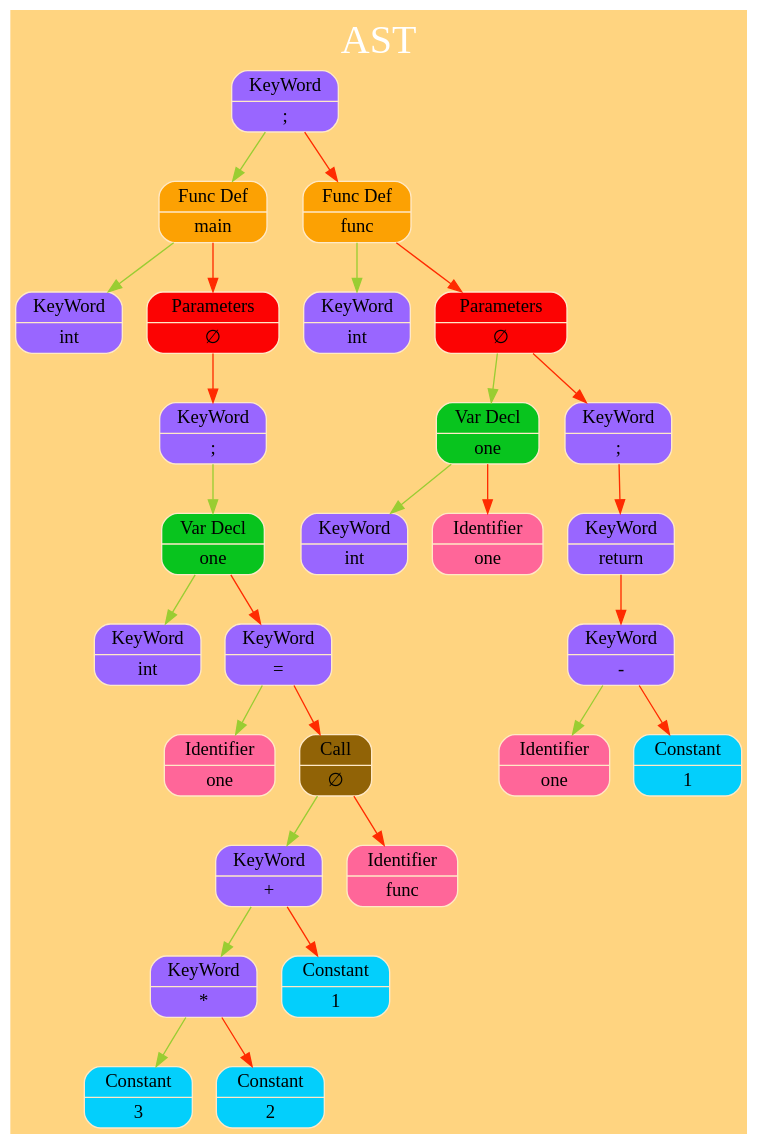
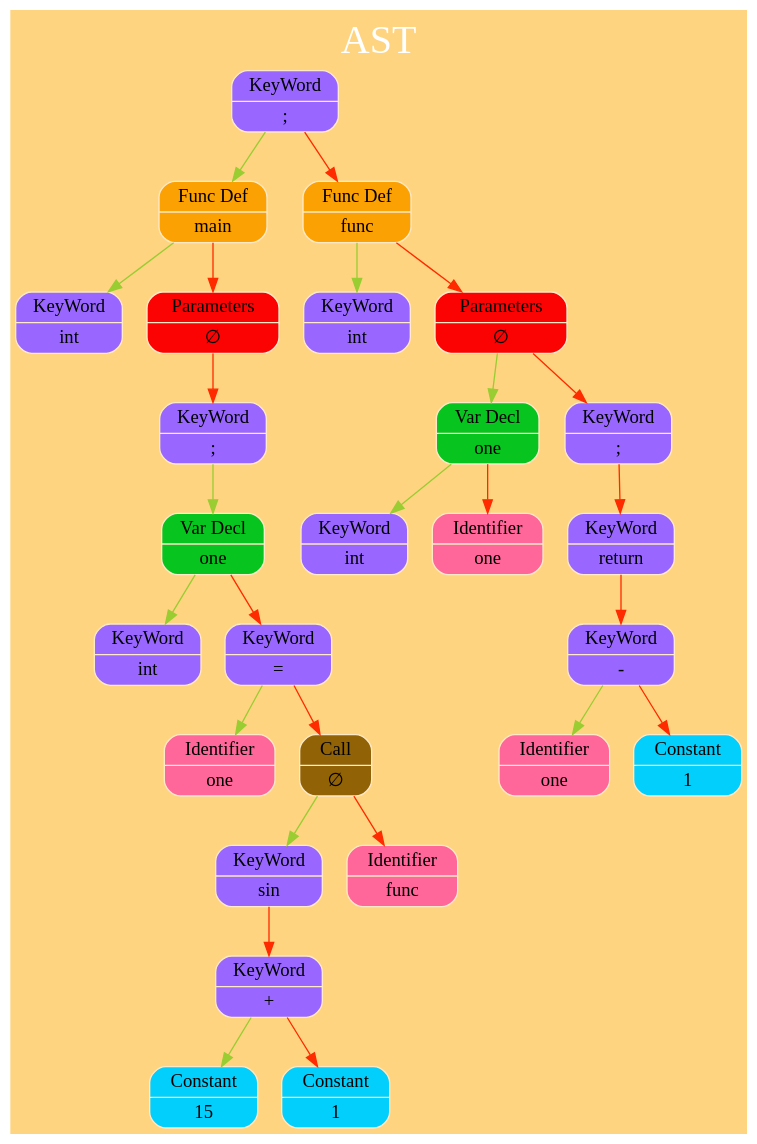
Before and after one commit to kand1bober/OOSD-Language: the diagram in Tree/dump/TreeGraph.dot, drawn with Graphviz. The commit also changed 7 other files, not shown here.

```diff
--- a/Tree/dump/TreeGraph.dot
+++ b/Tree/dump/TreeGraph.dot
@@ -1,38 +1,37 @@
 digraph G
 {
 charset="latin1";
 label="AST";
 labelloc="t";
 fontsize=30
 fontname="Verdana";
 fontcolor="#FFFFFF"
 
 rankdir=TB;size="200,300";bgcolor="#ffd480";
- node_0x504000000810 [shape=record,style="rounded,filled",fillcolor="#9966FF",color="#FFE9C7",label=" { { KeyWord } | { &#x3B; } } " ]; node_0x504000000810 -> node_0x504000000490 [color = "#9ACD32", arrowsize = 1] ;
- node_0x504000000490 [shape=record,style="rounded,filled",fillcolor="#fca103",color="#FFE9C7",label=" { { Func Def } | { main } } " ]; node_0x504000000490 -> node_0x504000000450 [color = "#9ACD32", arrowsize = 1] ;
- node_0x504000000450 [shape=record,style="rounded,filled",fillcolor="#9966FF",color="#FFE9C7",label=" { { KeyWord } | { int } } " ]; node_0x504000000490 -> node_0x5040000004d0 [color = "#FF2B00", arrowsize = 1] ;
- node_0x5040000004d0 [shape=record,style="rounded,filled",fillcolor="#fc0303",color="#FFE9C7",label=" { { Parameters } | { &#8709; } } " ]; node_0x5040000004d0 -> node_0x504000000510 [color = "#FF2B00", arrowsize = 1] ;
- node_0x504000000510 [shape=record,style="rounded,filled",fillcolor="#9966FF",color="#FFE9C7",label=" { { KeyWord } | { &#x3B; } } " ]; node_0x504000000510 -> node_0x5040000005d0 [color = "#9ACD32", arrowsize = 1] ;
- node_0x5040000005d0 [shape=record,style="rounded,filled",fillcolor="#08c41e",color="#FFE9C7",label=" { { Var Decl } | { one } } " ]; node_0x5040000005d0 -> node_0x504000000550 [color = "#9ACD32", arrowsize = 1] ;
- node_0x504000000550 [shape=record,style="rounded,filled",fillcolor="#9966FF",color="#FFE9C7",label=" { { KeyWord } | { int } } " ]; node_0x5040000005d0 -> node_0x504000000610 [color = "#FF2B00", arrowsize = 1] ;
- node_0x504000000610 [shape=record,style="rounded,filled",fillcolor="#9966FF",color="#FFE9C7",label=" { { KeyWord } | { &#x3D; } } " ]; node_0x504000000610 -> node_0x504000000590 [color = "#9ACD32", arrowsize = 1] ;
- node_0x504000000590 [shape=record,style="rounded,filled",fillcolor="#ff6699",color="#FFE9C7",label=" { { Identifier } | { one } } " ]; node_0x504000000610 -> node_0x504000000690 [color = "#FF2B00", arrowsize = 1] ;
- node_0x504000000690 [shape=record,style="rounded,filled",fillcolor="#916306",color="#FFE9C7",label=" { { Call } | { &#8709; } } " ]; node_0x504000000690 -> node_0x504000000790 [color = "#9ACD32", arrowsize = 1] ;
- node_0x504000000790 [shape=record,style="rounded,filled",fillcolor="#9966FF",color="#FFE9C7",label=" { { KeyWord } | { &#x2B; } } " ]; node_0x504000000790 -> node_0x504000000710 [color = "#9ACD32", arrowsize = 1] ;
- node_0x504000000710 [shape=record,style="rounded,filled",fillcolor="#9966FF",color="#FFE9C7",label=" { { KeyWord } | { &#x2A; } } " ]; node_0x504000000710 -> node_0x5040000006d0 [color = "#9ACD32", arrowsize = 1] ;
- node_0x5040000006d0 [shape=record,style="rounded,filled",fillcolor="#03cffc",color="#FFE9C7",label=" { { Constant } | { 3 } } " ]; node_0x504000000710 -> node_0x504000000750 [color = "#FF2B00", arrowsize = 1] ;
- node_0x504000000750 [shape=record,style="rounded,filled",fillcolor="#03cffc",color="#FFE9C7",label=" { { Constant } | { 2 } } " ]; node_0x504000000790 -> node_0x5040000007d0 [color = "#FF2B00", arrowsize = 1] ;
- node_0x5040000007d0 [shape=record,style="rounded,filled",fillcolor="#03cffc",color="#FFE9C7",label=" { { Constant } | { 1 } } " ]; node_0x504000000690 -> node_0x504000000650 [color = "#FF2B00", arrowsize = 1] ;
- node_0x504000000650 [shape=record,style="rounded,filled",fillcolor="#ff6699",color="#FFE9C7",label=" { { Identifier } | { func } } " ]; node_0x504000000810 -> node_0x504000000890 [color = "#FF2B00", arrowsize = 1] ;
- node_0x504000000890 [shape=record,style="rounded,filled",fillcolor="#fca103",color="#FFE9C7",label=" { { Func Def } | { func } } " ]; node_0x504000000890 -> node_0x504000000850 [color = "#9ACD32", arrowsize = 1] ;
- node_0x504000000850 [shape=record,style="rounded,filled",fillcolor="#9966FF",color="#FFE9C7",label=" { { KeyWord } | { int } } " ]; node_0x504000000890 -> node_0x5040000008d0 [color = "#FF2B00", arrowsize = 1] ;
- node_0x5040000008d0 [shape=record,style="rounded,filled",fillcolor="#fc0303",color="#FFE9C7",label=" { { Parameters } | { &#8709; } } " ]; node_0x5040000008d0 -> node_0x504000000990 [color = "#9ACD32", arrowsize = 1] ;
- node_0x504000000990 [shape=record,style="rounded,filled",fillcolor="#08c41e",color="#FFE9C7",label=" { { Var Decl } | { one } } " ]; node_0x504000000990 -> node_0x504000000910 [color = "#9ACD32", arrowsize = 1] ;
- node_0x504000000910 [shape=record,style="rounded,filled",fillcolor="#9966FF",color="#FFE9C7",label=" { { KeyWord } | { int } } " ]; node_0x504000000990 -> node_0x504000000950 [color = "#FF2B00", arrowsize = 1] ;
- node_0x504000000950 [shape=record,style="rounded,filled",fillcolor="#ff6699",color="#FFE9C7",label=" { { Identifier } | { one } } " ]; node_0x5040000008d0 -> node_0x5040000009d0 [color = "#FF2B00", arrowsize = 1] ;
- node_0x5040000009d0 [shape=record,style="rounded,filled",fillcolor="#9966FF",color="#FFE9C7",label=" { { KeyWord } | { &#x3B; } } " ]; node_0x5040000009d0 -> node_0x504000000a10 [color = "#FF2B00", arrowsize = 1] ;
- node_0x504000000a10 [shape=record,style="rounded,filled",fillcolor="#9966FF",color="#FFE9C7",label=" { { KeyWord } | { return } } " ]; node_0x504000000a10 -> node_0x504000000a90 [color = "#FF2B00", arrowsize = 1] ;
- node_0x504000000a90 [shape=record,style="rounded,filled",fillcolor="#9966FF",color="#FFE9C7",label=" { { KeyWord } | { &#x2D; } } " ]; node_0x504000000a90 -> node_0x504000000a50 [color = "#9ACD32", arrowsize = 1] ;
- node_0x504000000a50 [shape=record,style="rounded,filled",fillcolor="#ff6699",color="#FFE9C7",label=" { { Identifier } | { one } } " ]; node_0x504000000a90 -> node_0x504000000ad0 [color = "#FF2B00", arrowsize = 1] ;
- node_0x504000000ad0 [shape=record,style="rounded,filled",fillcolor="#03cffc",color="#FFE9C7",label=" { { Constant } | { 1 } } " ]; 
+ node_0x504000000850 [shape=record,style="rounded,filled",fillcolor="#9966FF",color="#FFE9C7",label=" { { KeyWord } | { &#x3B; } } " ]; node_0x504000000850 -> node_0x504000000510 [color = "#9ACD32", arrowsize = 1] ;
+ node_0x504000000510 [shape=record,style="rounded,filled",fillcolor="#fca103",color="#FFE9C7",label=" { { Func Def } | { main } } " ]; node_0x504000000510 -> node_0x5040000004d0 [color = "#9ACD32", arrowsize = 1] ;
+ node_0x5040000004d0 [shape=record,style="rounded,filled",fillcolor="#9966FF",color="#FFE9C7",label=" { { KeyWord } | { int } } " ]; node_0x504000000510 -> node_0x504000000550 [color = "#FF2B00", arrowsize = 1] ;
+ node_0x504000000550 [shape=record,style="rounded,filled",fillcolor="#fc0303",color="#FFE9C7",label=" { { Parameters } | { &#8709; } } " ]; node_0x504000000550 -> node_0x504000000590 [color = "#FF2B00", arrowsize = 1] ;
+ node_0x504000000590 [shape=record,style="rounded,filled",fillcolor="#9966FF",color="#FFE9C7",label=" { { KeyWord } | { &#x3B; } } " ]; node_0x504000000590 -> node_0x504000000650 [color = "#9ACD32", arrowsize = 1] ;
+ node_0x504000000650 [shape=record,style="rounded,filled",fillcolor="#08c41e",color="#FFE9C7",label=" { { Var Decl } | { one } } " ]; node_0x504000000650 -> node_0x5040000005d0 [color = "#9ACD32", arrowsize = 1] ;
+ node_0x5040000005d0 [shape=record,style="rounded,filled",fillcolor="#9966FF",color="#FFE9C7",label=" { { KeyWord } | { int } } " ]; node_0x504000000650 -> node_0x504000000690 [color = "#FF2B00", arrowsize = 1] ;
+ node_0x504000000690 [shape=record,style="rounded,filled",fillcolor="#9966FF",color="#FFE9C7",label=" { { KeyWord } | { &#x3D; } } " ]; node_0x504000000690 -> node_0x504000000610 [color = "#9ACD32", arrowsize = 1] ;
+ node_0x504000000610 [shape=record,style="rounded,filled",fillcolor="#ff6699",color="#FFE9C7",label=" { { Identifier } | { one } } " ]; node_0x504000000690 -> node_0x504000000710 [color = "#FF2B00", arrowsize = 1] ;
+ node_0x504000000710 [shape=record,style="rounded,filled",fillcolor="#916306",color="#FFE9C7",label=" { { Call } | { &#8709; } } " ]; node_0x504000000710 -> node_0x504000000750 [color = "#9ACD32", arrowsize = 1] ;
+ node_0x504000000750 [shape=record,style="rounded,filled",fillcolor="#9966FF",color="#FFE9C7",label=" { { KeyWord } | { sin } } " ]; node_0x504000000750 -> node_0x5040000007d0 [color = "#FF2B00", arrowsize = 1] ;
+ node_0x5040000007d0 [shape=record,style="rounded,filled",fillcolor="#9966FF",color="#FFE9C7",label=" { { KeyWord } | { &#x2B; } } " ]; node_0x5040000007d0 -> node_0x504000000790 [color = "#9ACD32", arrowsize = 1] ;
+ node_0x504000000790 [shape=record,style="rounded,filled",fillcolor="#03cffc",color="#FFE9C7",label=" { { Constant } | { 15 } } " ]; node_0x5040000007d0 -> node_0x504000000810 [color = "#FF2B00", arrowsize = 1] ;
+ node_0x504000000810 [shape=record,style="rounded,filled",fillcolor="#03cffc",color="#FFE9C7",label=" { { Constant } | { 1 } } " ]; node_0x504000000710 -> node_0x5040000006d0 [color = "#FF2B00", arrowsize = 1] ;
+ node_0x5040000006d0 [shape=record,style="rounded,filled",fillcolor="#ff6699",color="#FFE9C7",label=" { { Identifier } | { func } } " ]; node_0x504000000850 -> node_0x5040000008d0 [color = "#FF2B00", arrowsize = 1] ;
+ node_0x5040000008d0 [shape=record,style="rounded,filled",fillcolor="#fca103",color="#FFE9C7",label=" { { Func Def } | { func } } " ]; node_0x5040000008d0 -> node_0x504000000890 [color = "#9ACD32", arrowsize = 1] ;
+ node_0x504000000890 [shape=record,style="rounded,filled",fillcolor="#9966FF",color="#FFE9C7",label=" { { KeyWord } | { int } } " ]; node_0x5040000008d0 -> node_0x504000000910 [color = "#FF2B00", arrowsize = 1] ;
+ node_0x504000000910 [shape=record,style="rounded,filled",fillcolor="#fc0303",color="#FFE9C7",label=" { { Parameters } | { &#8709; } } " ]; node_0x504000000910 -> node_0x5040000009d0 [color = "#9ACD32", arrowsize = 1] ;
+ node_0x5040000009d0 [shape=record,style="rounded,filled",fillcolor="#08c41e",color="#FFE9C7",label=" { { Var Decl } | { one } } " ]; node_0x5040000009d0 -> node_0x504000000950 [color = "#9ACD32", arrowsize = 1] ;
+ node_0x504000000950 [shape=record,style="rounded,filled",fillcolor="#9966FF",color="#FFE9C7",label=" { { KeyWord } | { int } } " ]; node_0x5040000009d0 -> node_0x504000000990 [color = "#FF2B00", arrowsize = 1] ;
+ node_0x504000000990 [shape=record,style="rounded,filled",fillcolor="#ff6699",color="#FFE9C7",label=" { { Identifier } | { one } } " ]; node_0x504000000910 -> node_0x504000000a10 [color = "#FF2B00", arrowsize = 1] ;
+ node_0x504000000a10 [shape=record,style="rounded,filled",fillcolor="#9966FF",color="#FFE9C7",label=" { { KeyWord } | { &#x3B; } } " ]; node_0x504000000a10 -> node_0x504000000a50 [color = "#FF2B00", arrowsize = 1] ;
+ node_0x504000000a50 [shape=record,style="rounded,filled",fillcolor="#9966FF",color="#FFE9C7",label=" { { KeyWord } | { return } } " ]; node_0x504000000a50 -> node_0x504000000ad0 [color = "#FF2B00", arrowsize = 1] ;
+ node_0x504000000ad0 [shape=record,style="rounded,filled",fillcolor="#9966FF",color="#FFE9C7",label=" { { KeyWord } | { &#x2D; } } " ]; node_0x504000000ad0 -> node_0x504000000a90 [color = "#9ACD32", arrowsize = 1] ;
+ node_0x504000000a90 [shape=record,style="rounded,filled",fillcolor="#ff6699",color="#FFE9C7",label=" { { Identifier } | { one } } " ]; node_0x504000000ad0 -> node_0x504000000b10 [color = "#FF2B00", arrowsize = 1] ;
+ node_0x504000000b10 [shape=record,style="rounded,filled",fillcolor="#03cffc",color="#FFE9C7",label=" { { Constant } | { 1 } } " ]; 
 }
```
